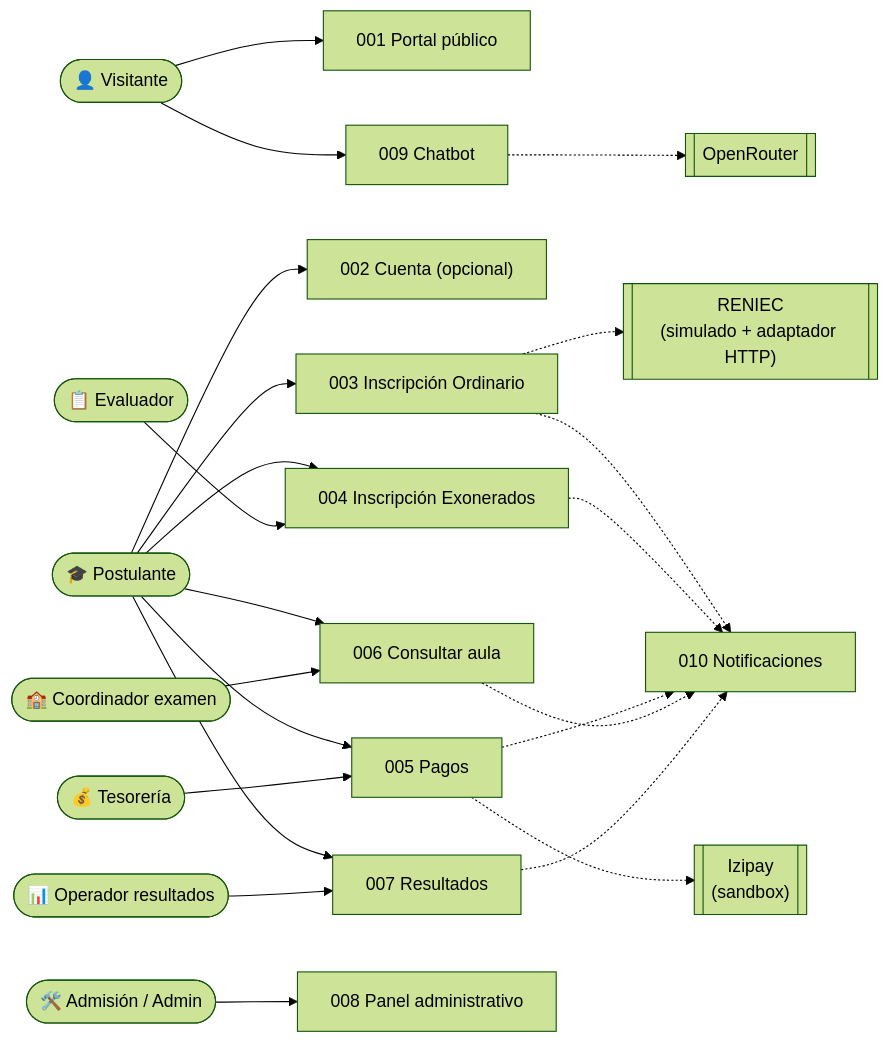
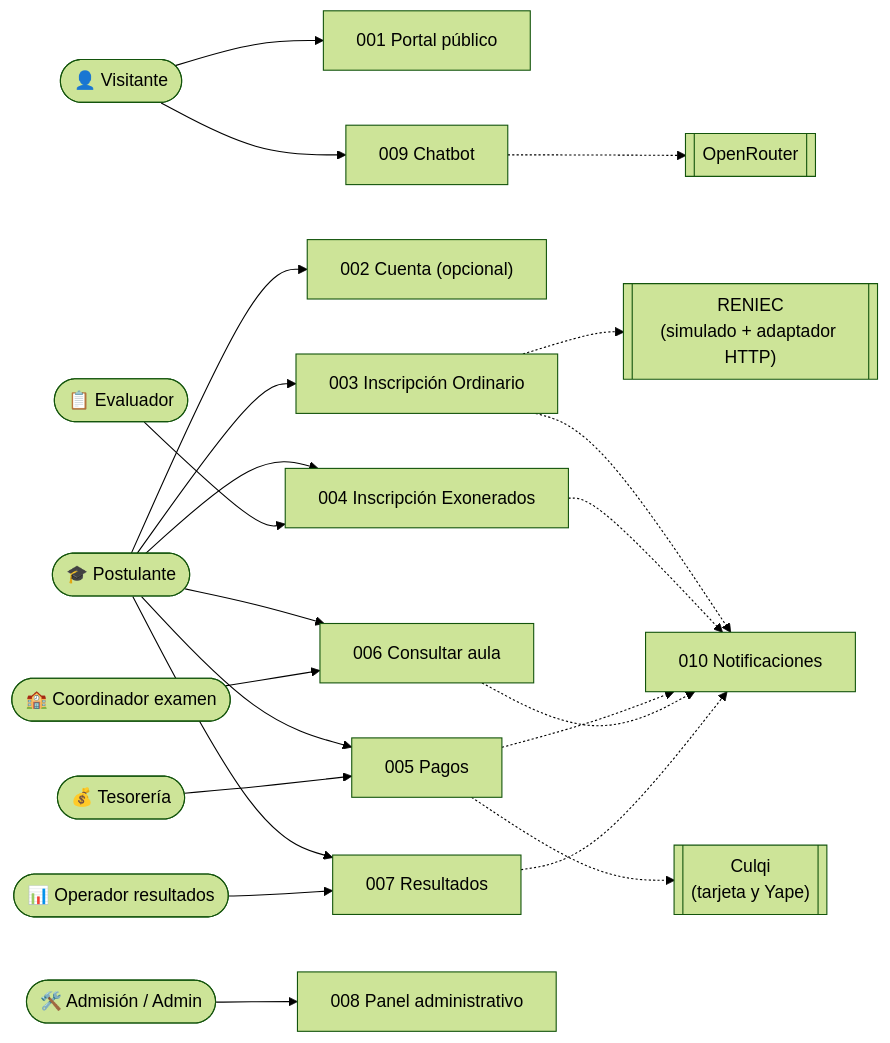
Before and after one commit to DiegoCoras06/sia-unsch-admision: the second of 2 diagrams in README.md, drawn with Mermaid (forest theme). The commit also changed other lines of this file and 66 other files, not shown here.

First line of the commit message:
Pagos: Culqi como única pasarela, con tarjeta y Yape (ADR-024)

````diff
--- a/README.md
+++ b/README.md
@@ -203,20 +203,20 @@
 ```mermaid
 flowchart LR
   V(["👤 Visitante"]) --> F1["001 Portal público"]
   V --> F9["009 Chatbot"]
   P(["🎓 Postulante"]) --> F2["002 Cuenta (opcional)"]
   P --> F3["003 Inscripción Ordinario"]
   P --> F4["004 Inscripción Exonerados"]
   P --> F5["005 Pagos"]
   P --> F6["006 Consultar aula"]
   P --> F7["007 Resultados"]
   EV(["📋 Evaluador"]) --> F4
   TE(["💰 Tesorería"]) --> F5
   CO(["🏫 Coordinador examen"]) --> F6
   OR(["📊 Operador resultados"]) --> F7
   AD(["🛠️ Admisión / Admin"]) --> F8["008 Panel administrativo"]
   F3 & F4 & F5 & F6 & F7 -.-> F10["010 Notificaciones"]
-  F5 -.-> PG[["Izipay<br/>(sandbox)"]]
+  F5 -.-> PG[["Culqi<br/>(tarjeta y Yape)"]]
   F3 -.-> RE[["RENIEC<br/>(simulado + adaptador HTTP)"]]
   F9 -.-> OA[["OpenRouter"]]
 ```
````
